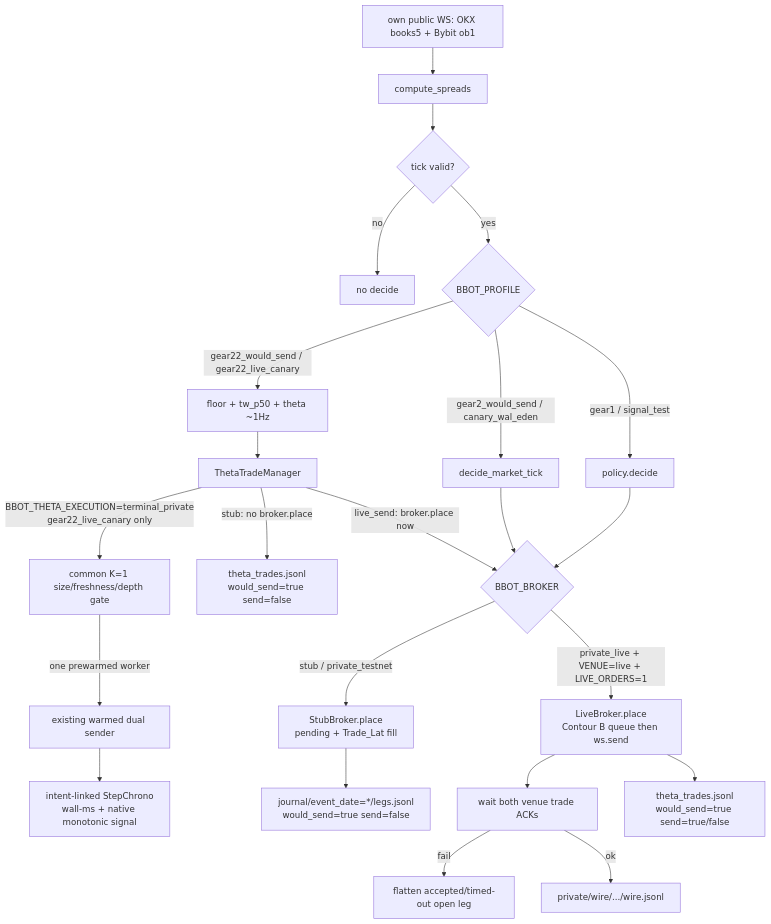
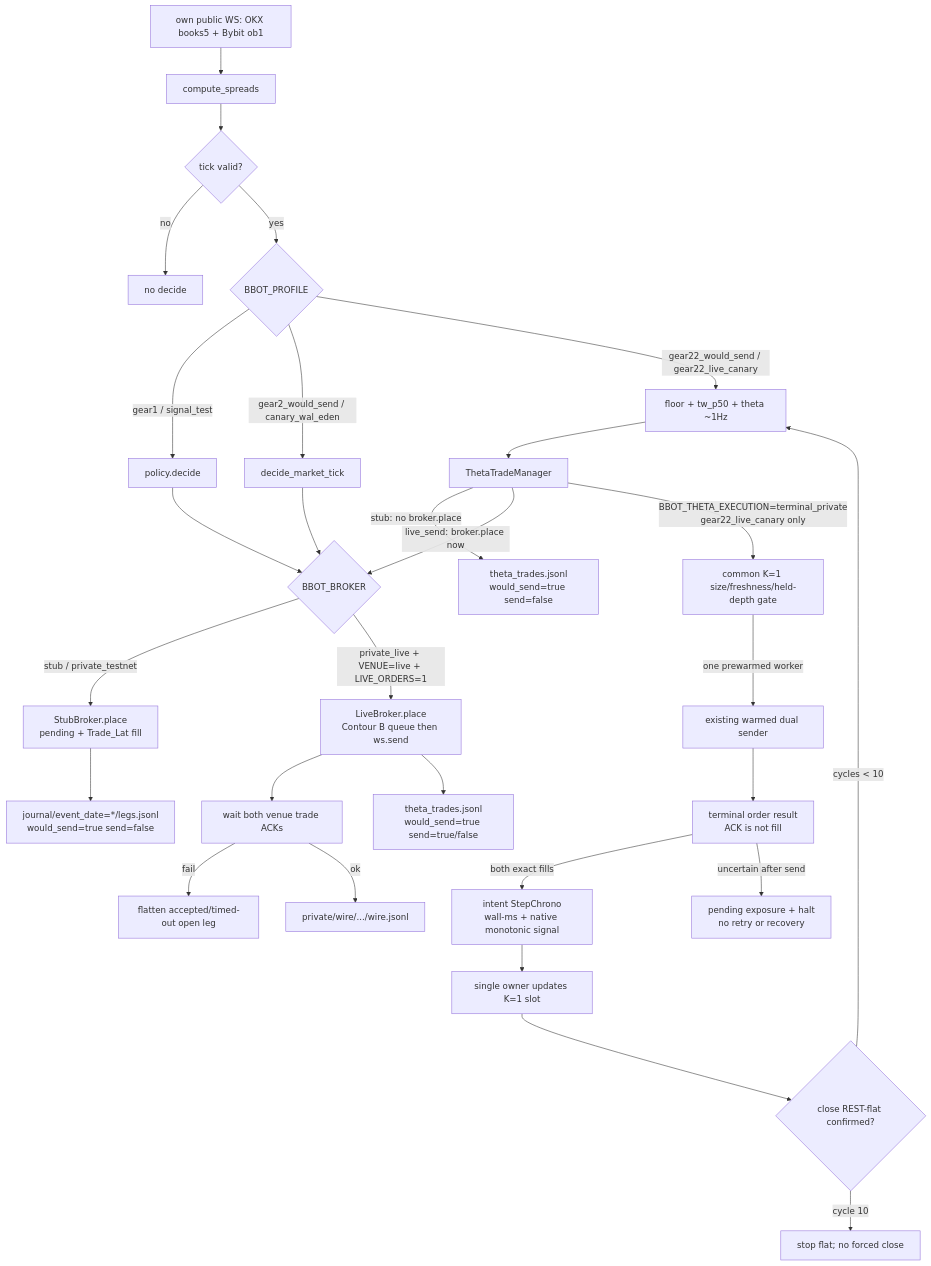
Before and after one commit to anabol21/arb_bots: the third of 3 diagrams in architecture.md, drawn with Mermaid.

Commit message:
docs: clarify Canary29 terminal flow

````diff
--- a/architecture.md
+++ b/architecture.md
@@ -199,29 +199,35 @@
 ```mermaid
 flowchart TB
   books[own public WS: OKX books5 + Bybit ob1]
   books --> spreads[compute_spreads]
   spreads --> valid{tick valid?}
   valid -->|no| drop[no decide]
   valid -->|yes| profile{BBOT_PROFILE}
 
   profile -->|gear1 / signal_test| tickDecide["policy.decide"]
   profile -->|gear2_would_send / canary_wal_eden| mktDecide["decide_market_tick"]
   profile -->|gear22_would_send / gear22_live_canary| observers["floor + tw_p50 + theta ~1Hz"]
   observers --> thetaDec["ThetaTradeManager"]
   tickDecide --> place
   mktDecide --> place
   thetaDec -->|stub: no broker.place| thetaJ["theta_trades.jsonl\nwould_send=true send=false"]
   thetaDec -->|live_send: broker.place now| place
-  thetaDec -->|BBOT_THETA_EXECUTION=terminal_private\ngear22_live_canary only| canaryGate["common K=1 size/freshness/depth gate"]
+  thetaDec -->|BBOT_THETA_EXECUTION=terminal_private\ngear22_live_canary only| canaryGate["common K=1 size/freshness/held-depth gate"]
   canaryGate -->|one prewarmed worker| privateSend["existing warmed dual sender"]
-  privateSend --> chrono["intent-linked StepChrono\nwall-ms + native monotonic signal"]
+  privateSend --> terminal["terminal order result\nACK is not fill"]
+  terminal -->|both exact fills| journal["intent StepChrono\nwall-ms + native monotonic signal"]
+  journal --> slot["single owner updates K=1 slot"]
+  slot --> flat{"close REST-flat confirmed?"}
+  flat -->|cycles < 10| observers
+  flat -->|cycle 10| stop["stop flat; no forced close"]
+  terminal -->|uncertain after send| halt["pending exposure + halt\nno retry or recovery"]
 
   place{BBOT_BROKER}
   place -->|stub / private_testnet| stub["StubBroker.place\npending + Trade_Lat fill"]
   stub --> legs["journal/event_date=*/legs.jsonl\nwould_send=true send=false"]
   place -->|private_live + VENUE=live + LIVE_ORDERS=1| live["LiveBroker.place\nContour B queue then ws.send"]
   live --> ack[wait both venue trade ACKs]
   ack -->|fail| flatten[flatten accepted/timed-out open leg]
   ack -->|ok| wire["private/wire/.../wire.jsonl"]
   live --> thetaLive["theta_trades.jsonl\nwould_send=true send=true/false"]
 ```
````
